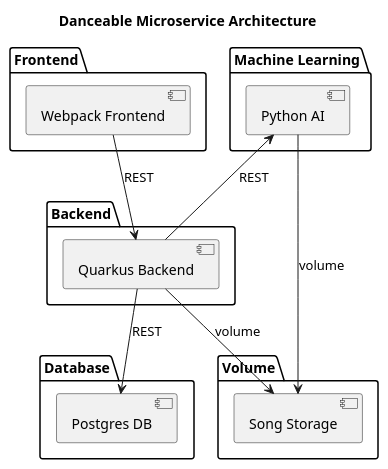
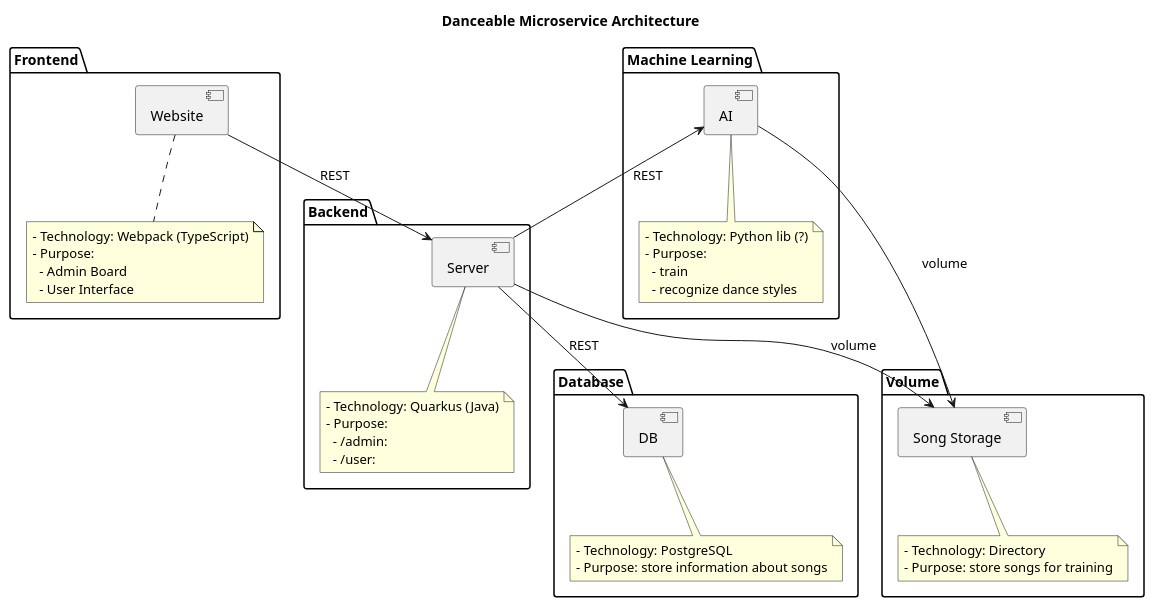
Before and after one commit to 2425-4bhitm-itp/danceable: the diagram in documentation/microservice_architecture.puml, drawn with PlantUML.

Commit message:
MOD[documentation]: added notes

```diff
--- a/documentation/microservice_architecture.puml
+++ b/documentation/microservice_architecture.puml
@@ -1,29 +1,55 @@
 @startuml
 title Danceable Microservice Architecture
 
 package "Frontend" {
-  [Webpack Frontend]
+  [Website]
+  note bottom of [Website]
+      - Technology: Webpack (TypeScript)
+      - Purpose:
+        - Admin Board
+        - User Interface
+    end note
 }
 
 package "Backend" {
-  [Quarkus Backend]
+  [Server]
+  note bottom of [Server]
+      - Technology: Quarkus (Java)
+      - Purpose:
+        - /admin: 
+        - /user: 
+    end note
 }
 
 package "Database" {
-  [Postgres DB]
+  [DB]
+  note bottom of [DB]
+      - Technology: PostgreSQL
+      - Purpose: store information about songs
+    end note
 }
 
 package "Volume" {
   [Song Storage]
+  note bottom of [Song Storage]
+      - Technology: Directory
+      - Purpose: store songs for training
+    end note
 }
 
 package "Machine Learning" {
-  [Python AI]
+  [AI]
+  note bottom of [AI]
+      - Technology: Python lib (?)
+      - Purpose:
+        - train
+        - recognize dance styles
+    end note
 }
 
-[Webpack Frontend] --> [Quarkus Backend] : REST
-[Quarkus Backend] --> [Postgres DB] : REST
-[Quarkus Backend] -up-> [Python AI] : REST
-[Quarkus Backend] --> [Song Storage] : volume
-[Python AI] --> [Song Storage] : volume
+[Website] --> [Server] : REST
+[Server] --> [DB] : REST
+[Server] -up-> [AI] : REST
+[Server] --> [Song Storage] : volume
+[AI] --> [Song Storage] : volume
 @enduml
```
